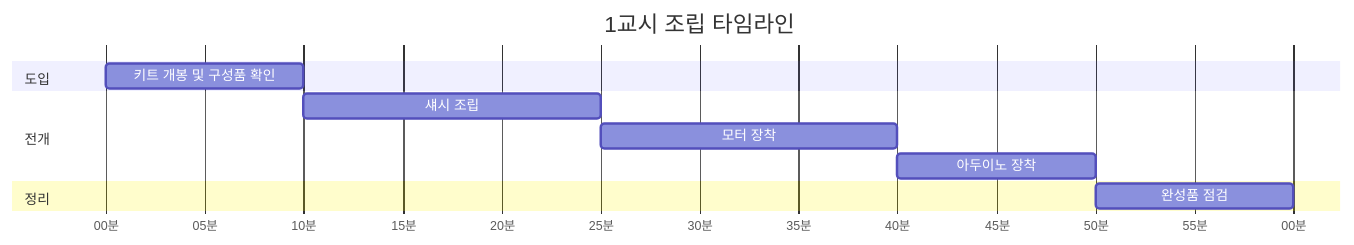
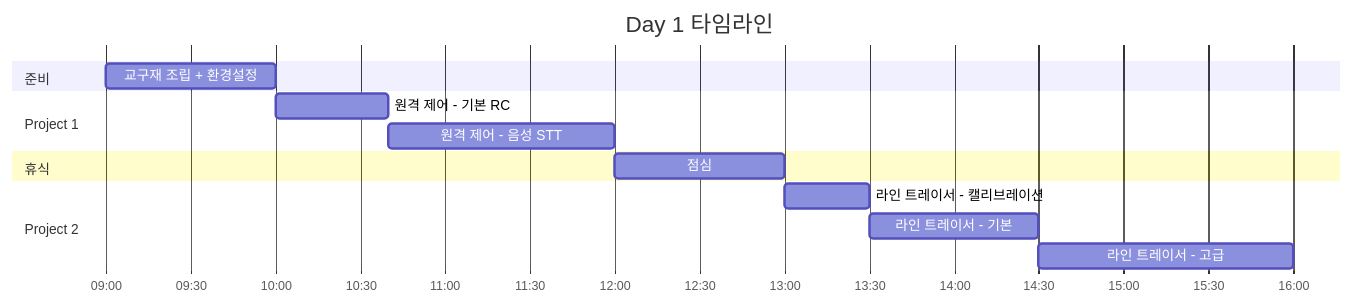
The first of 3 diagrams in document/instructor_guide.md (Collegenie-X/Arduino_AutoPlot), drawn with Mermaid before and after one commit. The commit also changed other lines of this file and 3 other files, not shown here.

````diff
--- a/document/instructor_guide.md
+++ b/document/instructor_guide.md
@@ -41,17 +13,21 @@
 ```mermaid
 gantt
-    title 1교시 조립 타임라인
-    dateFormat mm
-    axisFormat %M분
+    title Day 1 타임라인
+    dateFormat HH:mm
+    axisFormat %H:%M
     
-    section 도입
-    키트 개봉 및 구성품 확인: 00, 10m
+    section 준비
+    교구재 조립 + 환경설정: 09:00, 60m
     
-    section 전개
-    섀시 조립: 10, 15m
-    모터 장착: 25, 15m
-    아두이노 장착: 40, 10m
+    section Project 1
+    원격 제어 - 기본 RC: 10:00, 40m
+    원격 제어 - 음성 STT: 10:40, 80m
     
-    section 정리
-    완성품 점검: 50, 10m
+    section 휴식
+    점심: 12:00, 60m
+    
+    section Project 2
+    라인 트레이서 - 캘리브레이션: 13:00, 30m
+    라인 트레이서 - 기본: 13:30, 60m
+    라인 트레이서 - 고급: 14:30, 90m
 ```
````
